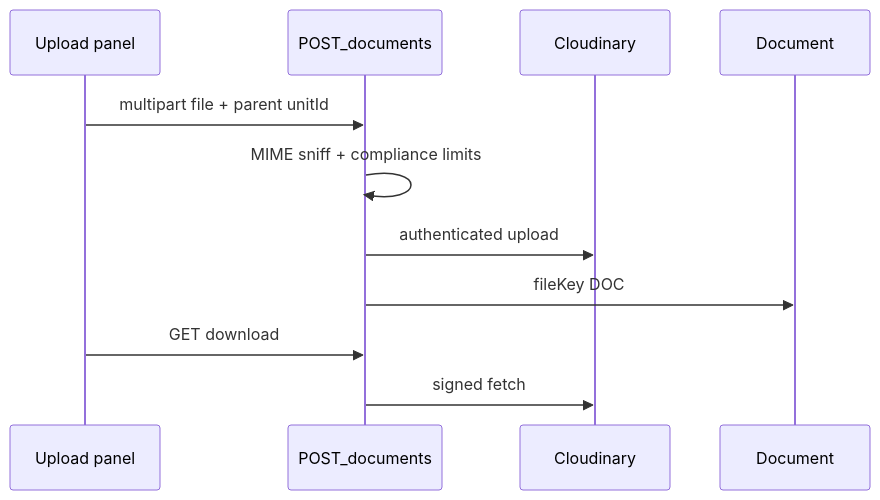
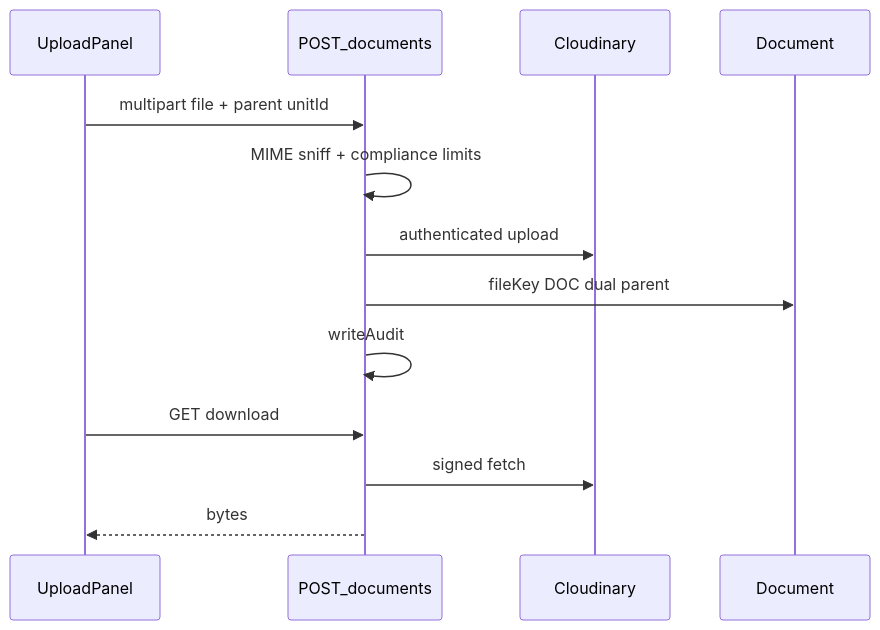
Before and after one commit to psmpasupathi009/mlf: the second of 2 diagrams in docs/mlf flows/documents_flow.md, drawn with Mermaid. The commit also changed other lines of this file and 52 other files, not shown here.

````diff
--- a/docs/mlf flows/documents_flow.md
+++ b/docs/mlf flows/documents_flow.md
@@ -12,14 +87,16 @@
 ```mermaid
 sequenceDiagram
-  participant UI as Upload panel
+  participant UI as UploadPanel
   participant API as POST_documents
   participant CL as Cloudinary
   participant DB as Document
 
   UI->>API: multipart file + parent unitId
   API->>API: MIME sniff + compliance limits
   API->>CL: authenticated upload
-  API->>DB: fileKey DOC
+  API->>DB: fileKey DOC dual parent
+  API->>API: writeAudit
   UI->>API: GET download
   API->>CL: signed fetch
+  API-->>UI: bytes
 ```
````
